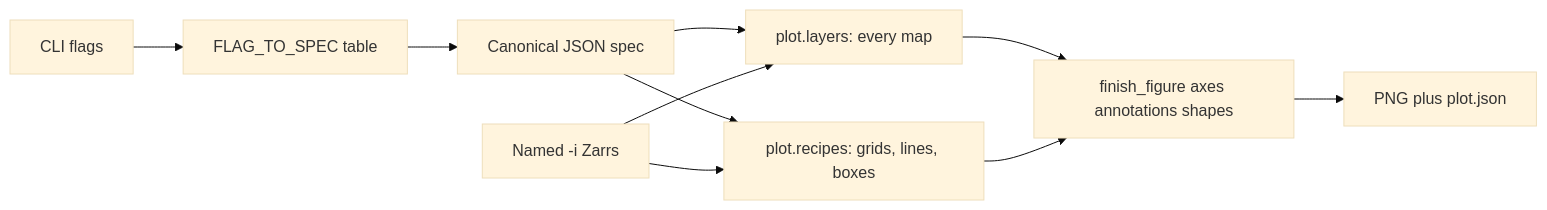
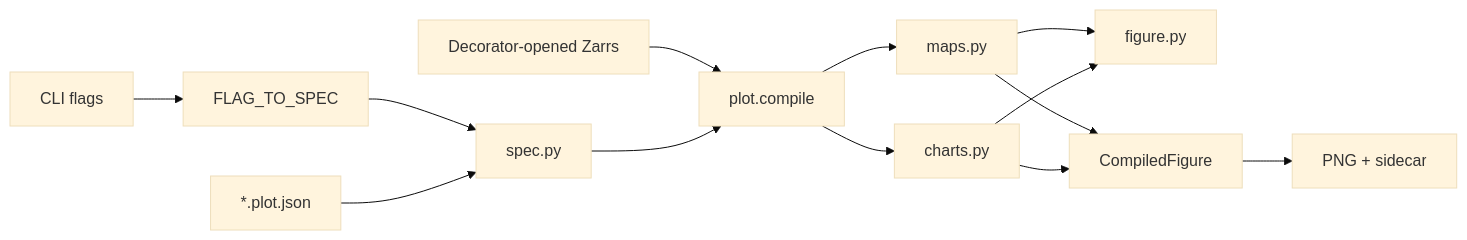
The diagram in docs/plotting.md (rhiza-research/weather-skills), drawn with Mermaid (base theme) before and after one commit. The commit also changed other lines of this file and 22 other files, not shown here.

Commit message:
Rewrite figure skills onto compile/export and the theme/kind spec.

````diff
--- a/docs/plotting.md
+++ b/docs/plotting.md
@@ -8,21 +9,15 @@
 ```mermaid
 flowchart LR
-  CLI[CLI flags]
-  Table[FLAG_TO_SPEC table]
-  Spec[Canonical JSON spec]
-  Data["Named -i Zarrs"]
-  MapRenderer[plot.layers: every map]
-  Recipes[plot.recipes: grids, lines, boxes]
-  Finish[finish_figure axes annotations shapes]
-  PNG[PNG plus plot.json]
-
-  CLI --> Table
-  Table --> Spec
-  Spec --> MapRenderer
-  Spec --> Recipes
-  Data --> MapRenderer
-  Data --> Recipes
-  MapRenderer --> Finish
-  Recipes --> Finish
-  Finish --> PNG
+  CLI[CLI flags] --> Flags[FLAG_TO_SPEC]
+  Flags --> Spec[spec.py]
+  Sidecar["*.plot.json"] --> Spec
+  Zarrs["Decorator-opened Zarrs"] --> Compile
+  Spec --> Compile["plot.compile"]
+  Compile --> Maps[maps.py]
+  Compile --> Charts[charts.py]
+  Maps --> Figure[figure.py]
+  Charts --> Figure
+  Maps --> Out[CompiledFigure]
+  Charts --> Out
+  Out --> Export["PNG + sidecar"]
 ```
````
